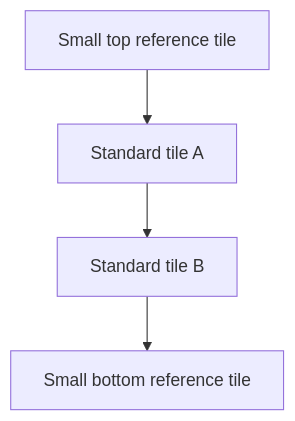
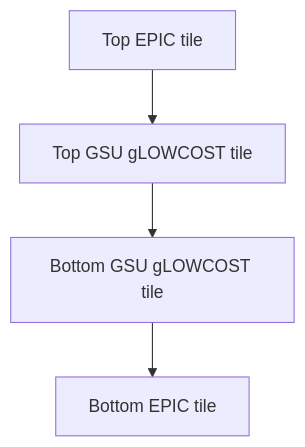
Before and after one commit to tharinduudu/SiPM-Operating-Point-Study: the third of 3 diagrams in docs/02_hardware_and_setup.md, drawn with Mermaid. The commit also changed other lines of this file and 17 other files, not shown here.

Commit message:
Use EPIC and GSU gLOWCOST tile names

````diff
--- a/docs/02_hardware_and_setup.md
+++ b/docs/02_hardware_and_setup.md
@@ -62,8 +62,8 @@
 ```mermaid
 flowchart TB
-    T["Small top reference tile"]
-    A["Standard tile A"]
-    B["Standard tile B"]
-    U["Small bottom reference tile"]
+    T["Top EPIC tile"]
+    A["Top GSU gLOWCOST tile"]
+    B["Bottom GSU gLOWCOST tile"]
+    U["Bottom EPIC tile"]
     T --> A --> B --> U
 ```
````
